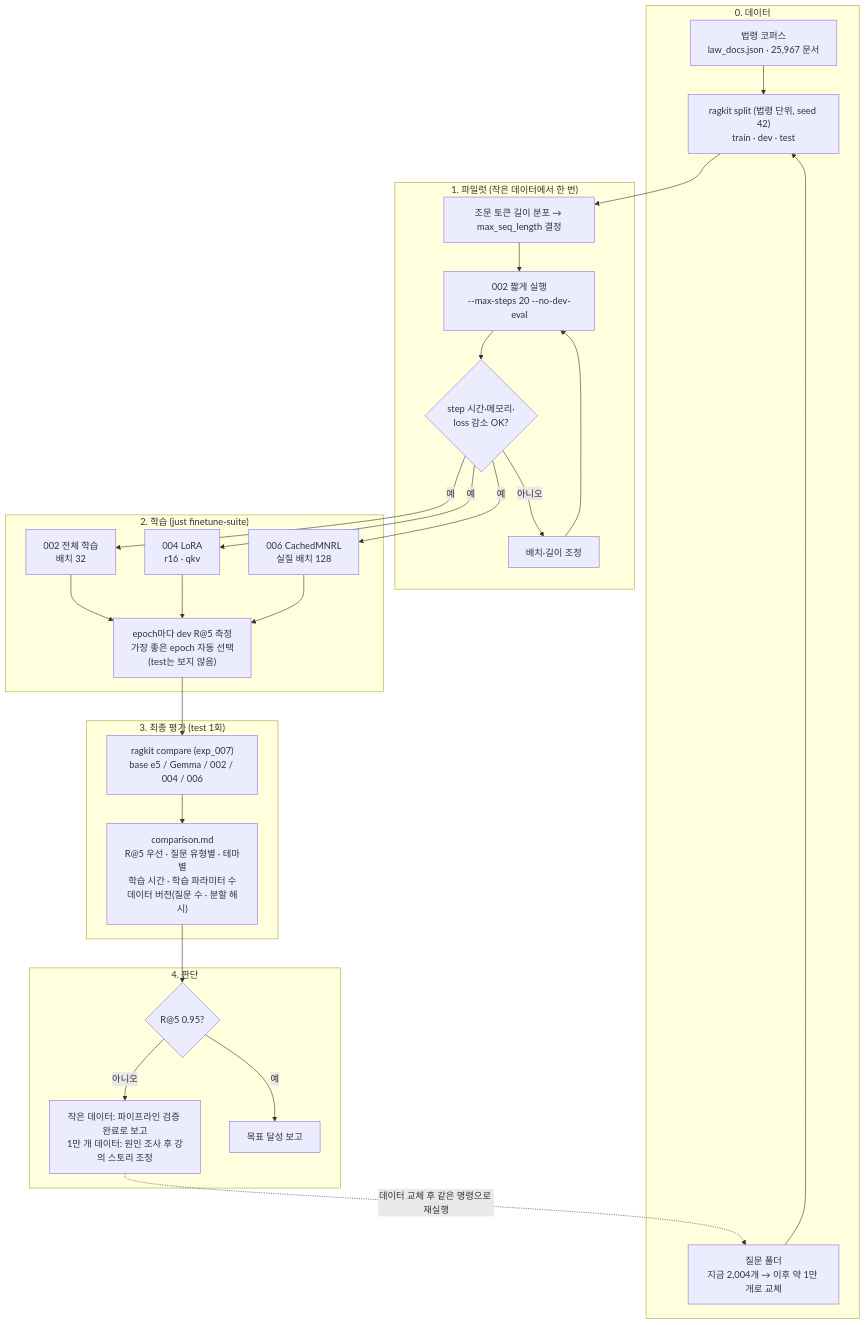
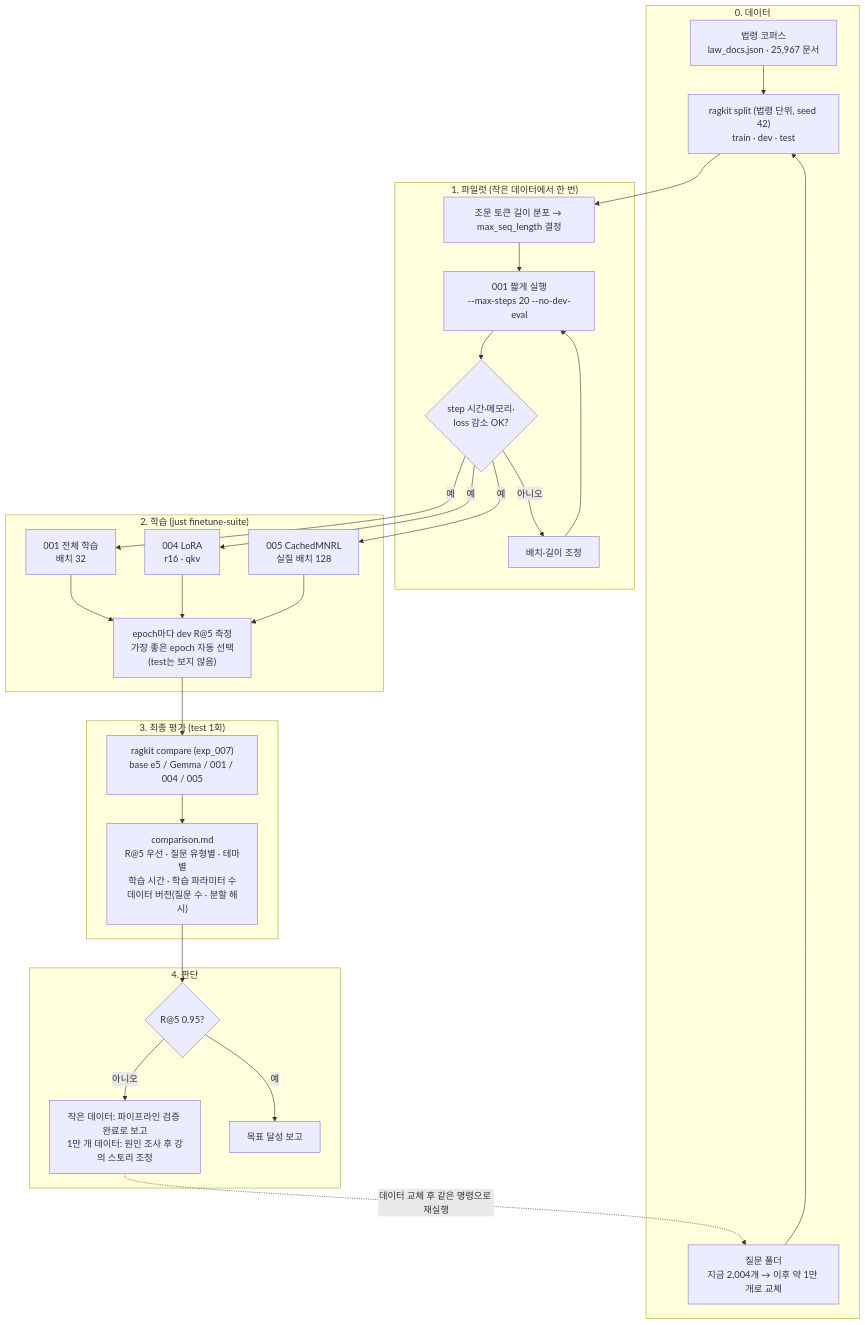
The diagram in docs/PLAN.md (jeanboy44/embedding-model-finetuning-tutorial), drawn with Mermaid before and after one commit. The commit also changed other lines of this file and 77 other files, not shown here.

````diff
--- a/docs/PLAN.md
+++ b/docs/PLAN.md
@@ -134,51 +134,51 @@
 ```mermaid
 flowchart TD
     subgraph P0["0. 데이터"]
         A1["법령 코퍼스<br/>law_docs.json · 25,967 문서"]
         A2["질문 폴더<br/>지금 2,004개 → 이후 약 1만 개로 교체"]
         A3["ragkit split (법령 단위, seed 42)<br/>train · dev · test"]
         A1 --> A3
         A2 --> A3
     end
 
     subgraph P1["1. 파일럿 (작은 데이터에서 한 번)"]
         B1["조문 토큰 길이 분포 → max_seq_length 결정"]
-        B2["002 짧게 실행<br/>--max-steps 20 --no-dev-eval"]
+        B2["001 짧게 실행<br/>--max-steps 20 --no-dev-eval"]
         B3{"step 시간·메모리·<br/>loss 감소 OK?"}
         B4["배치·길이 조정"]
         B1 --> B2 --> B3
         B3 -- 아니오 --> B4 --> B2
     end
 
     subgraph P2["2. 학습 (just finetune-suite)"]
-        C1["002 전체 학습<br/>배치 32"]
+        C1["001 전체 학습<br/>배치 32"]
         C2["004 LoRA<br/>r16 · qkv"]
-        C3["006 CachedMNRL<br/>실질 배치 128"]
+        C3["005 CachedMNRL<br/>실질 배치 128"]
         C4["epoch마다 dev R@5 측정<br/>가장 좋은 epoch 자동 선택<br/>(test는 보지 않음)"]
         C1 --> C4
         C2 --> C4
         C3 --> C4
     end
 
     subgraph P3["3. 최종 평가 (test 1회)"]
-        D1["ragkit compare (exp_007)<br/>base e5 / Gemma / 002 / 004 / 006"]
+        D1["ragkit compare (exp_007)<br/>base e5 / Gemma / 001 / 004 / 005"]
         D2["comparison.md<br/>R@5 우선 · 질문 유형별 · 테마별<br/>학습 시간 · 학습 파라미터 수<br/>데이터 버전(질문 수 · 분할 해시)"]
         D1 --> D2
     end
 
     subgraph P4["4. 판단"]
         E1{"R@5 0.95?"}
         E2["작은 데이터: 파이프라인 검증 완료로 보고<br/>1만 개 데이터: 원인 조사 후 강의 스토리 조정"]
         E3["목표 달성 보고"]
         E1 -- 아니오 --> E2
         E1 -- 예 --> E3
     end
 
     A3 --> B1
     B3 -- 예 --> C1
     B3 -- 예 --> C2
     B3 -- 예 --> C3
     C4 --> D1
     D2 --> E1
     E2 -. "데이터 교체 후 같은 명령으로 재실행" .-> A2
 ```
````
